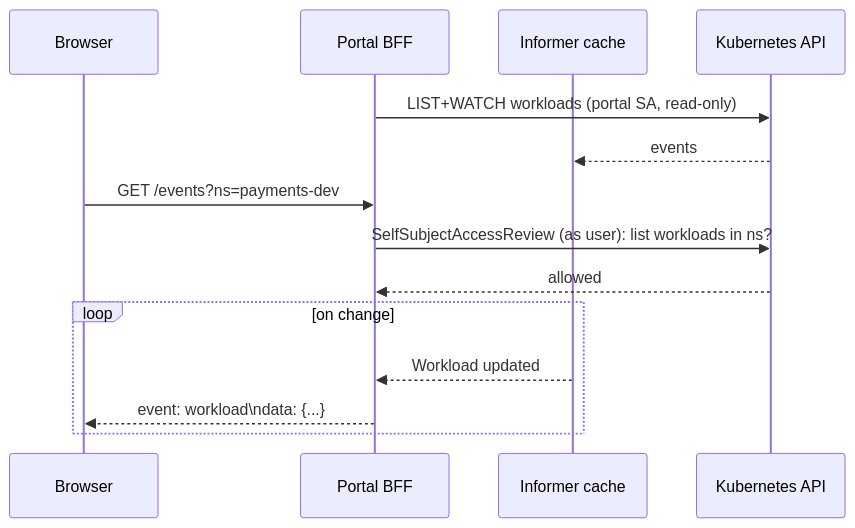
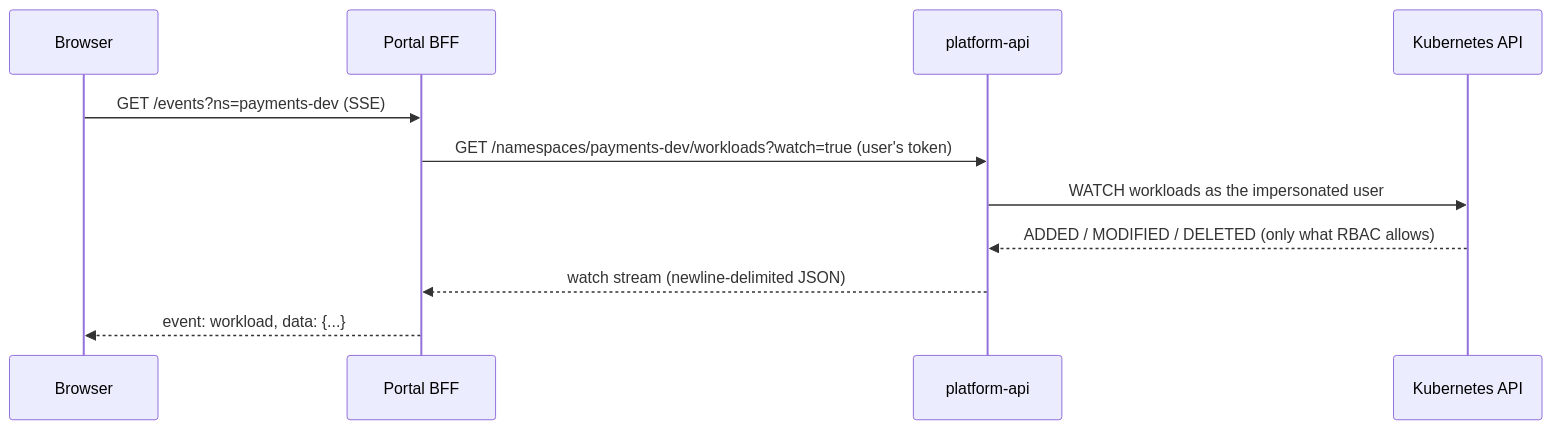
The fourth of 4 diagrams in docs/07-internal-developer-platform/custom-portal.md (GitOpsHub/platform-engineering-on-kubernetes), drawn with Mermaid before and after one commit. The commit also changed other lines of this file and 378 other files, not shown here.

````diff
--- a/docs/07-internal-developer-platform/custom-portal.md
+++ b/docs/07-internal-developer-platform/custom-portal.md
@@ -330,17 +377,14 @@
 ```mermaid
 sequenceDiagram
     participant B as Browser
     participant P as Portal BFF
-    participant I as Informer cache
+    participant A as platform-api
     participant K as Kubernetes API
 
-    P->>K: LIST+WATCH workloads (portal SA, read-only)
-    K-->>I: events
-    B->>P: GET /events?ns=payments-dev
-    P->>K: SelfSubjectAccessReview (as user): list workloads in ns?
-    K-->>P: allowed
-    loop on change
-        I-->>P: Workload updated
-        P-->>B: event: workload\ndata: {...}
-    end
+    B->>P: GET /events?ns=payments-dev (SSE)
+    P->>A: GET /namespaces/payments-dev/workloads?watch=true (user's token)
+    A->>K: WATCH workloads as the impersonated user
+    K-->>A: ADDED / MODIFIED / DELETED (only what RBAC allows)
+    A-->>P: watch stream (newline-delimited JSON)
+    P-->>B: event: workload, data: {...}
 ```
````
